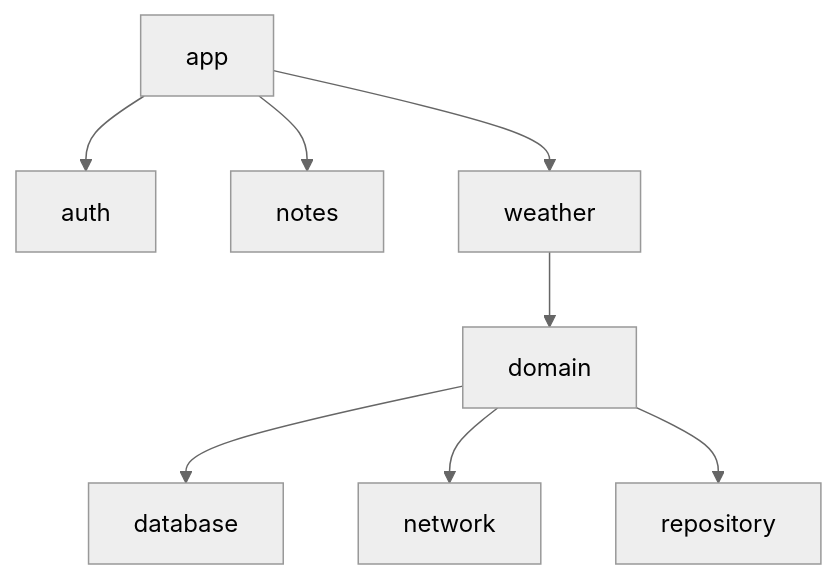
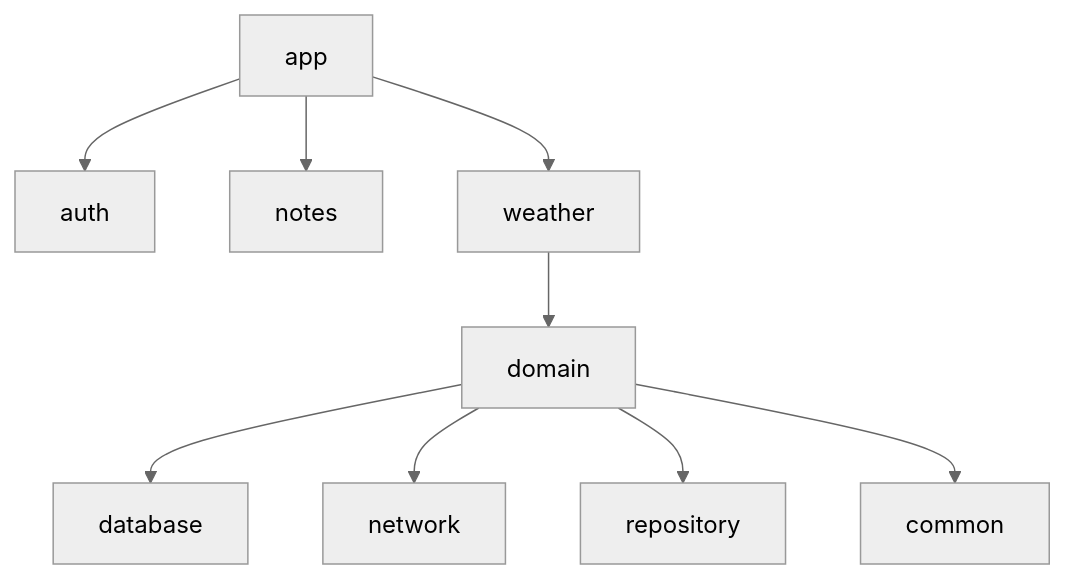
One commit to FeodorH/WeatherNotes changed the second of 2 diagrams in ReadMe.md. Above: the diagram before and after it, drawn with Mermaid (neutral theme).

````diff
--- a/ReadMe.md
+++ b/ReadMe.md
@@ -27,12 +27,13 @@
 ```mermaid
 graph TD
     a[app] --> auth[auth]
     a --> n[notes]
     a --> w[weather]
     
     w --> d[domain]
     
     d --> db[database]
     d --> net[network]
     d --> repos[repository]
+    d --> c[common]
 ```
````
